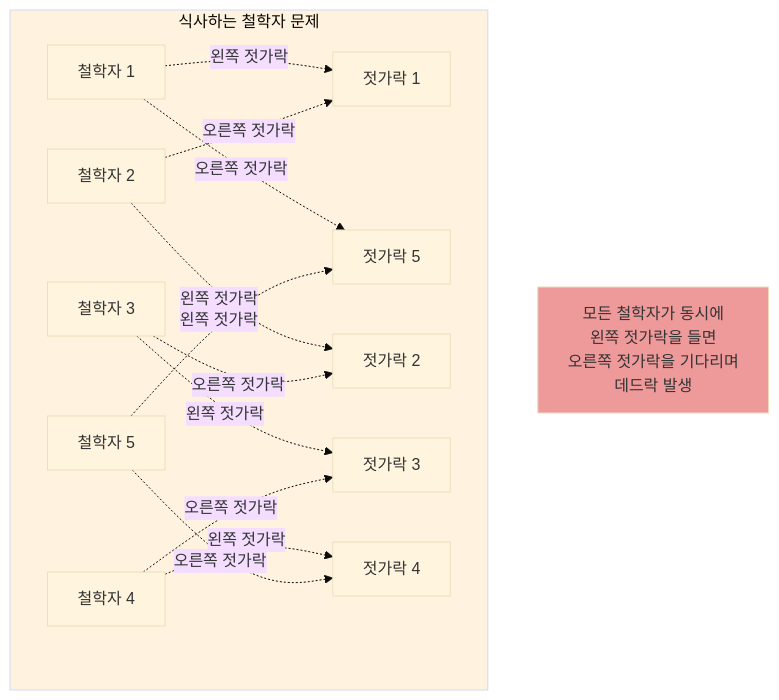
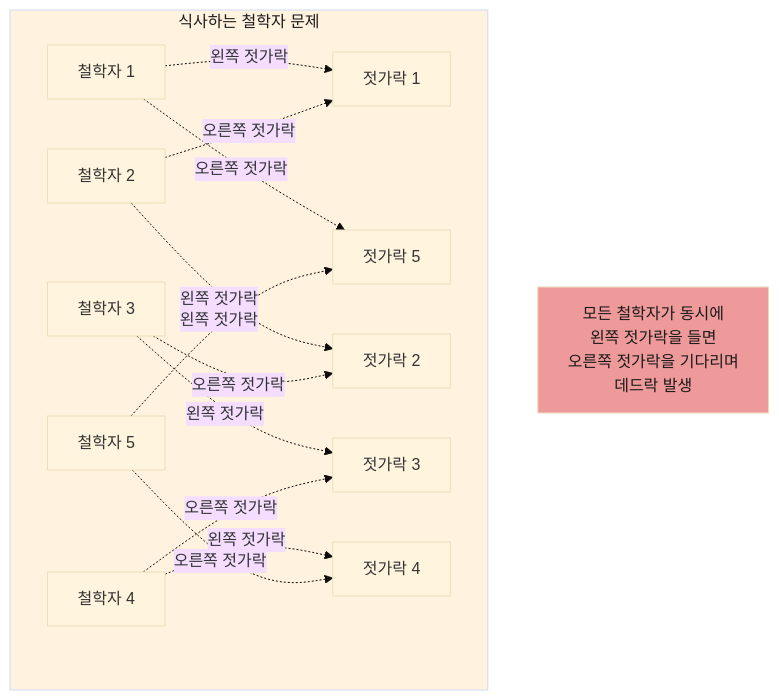
Before and after one commit to Cllaude99/cllaude99_labs: diagram 18 of 22 in apps/devblog/content/posts/operating-system.mdx, drawn with Mermaid (base theme). The commit also changed other lines of this file, not shown here.

First line of the commit message:
fix: 다크 모드에서 머메이드 다이어그램의 텍스트 색상 추가

````diff
--- a/apps/devblog/content/posts/operating-system.mdx
+++ b/apps/devblog/content/posts/operating-system.mdx
@@ -915,24 +915,24 @@
 ```mermaid
 graph TB
     subgraph Problem["식사하는 철학자 문제"]
         P1["철학자 1"] -.왼쪽 젓가락.-> F1["젓가락 1"]
         P1 -.오른쪽 젓가락.-> F5["젓가락 5"]
 
         P2["철학자 2"] -.왼쪽 젓가락.-> F2["젓가락 2"]
         P2 -.오른쪽 젓가락.-> F1
 
         P3["철학자 3"] -.왼쪽 젓가락.-> F3["젓가락 3"]
         P3 -.오른쪽 젓가락.-> F2
 
         P4["철학자 4"] -.왼쪽 젓가락.-> F4["젓가락 4"]
         P4 -.오른쪽 젓가락.-> F3
 
         P5["철학자 5"] -.왼쪽 젓가락.-> F5
         P5 -.오른쪽 젓가락.-> F4
     end
 
     Note["모든 철학자가 동시에<br/>왼쪽 젓가락을 들면<br/>오른쪽 젓가락을 기다리며<br/>데드락 발생"]
 
-    style Problem fill:#fff3e0
-    style Note fill:#ef9a9a
+    style Problem fill:#fff3e0,color:#1a1a1a
+    style Note fill:#ef9a9a,color:#1a1a1a
 ```
````
